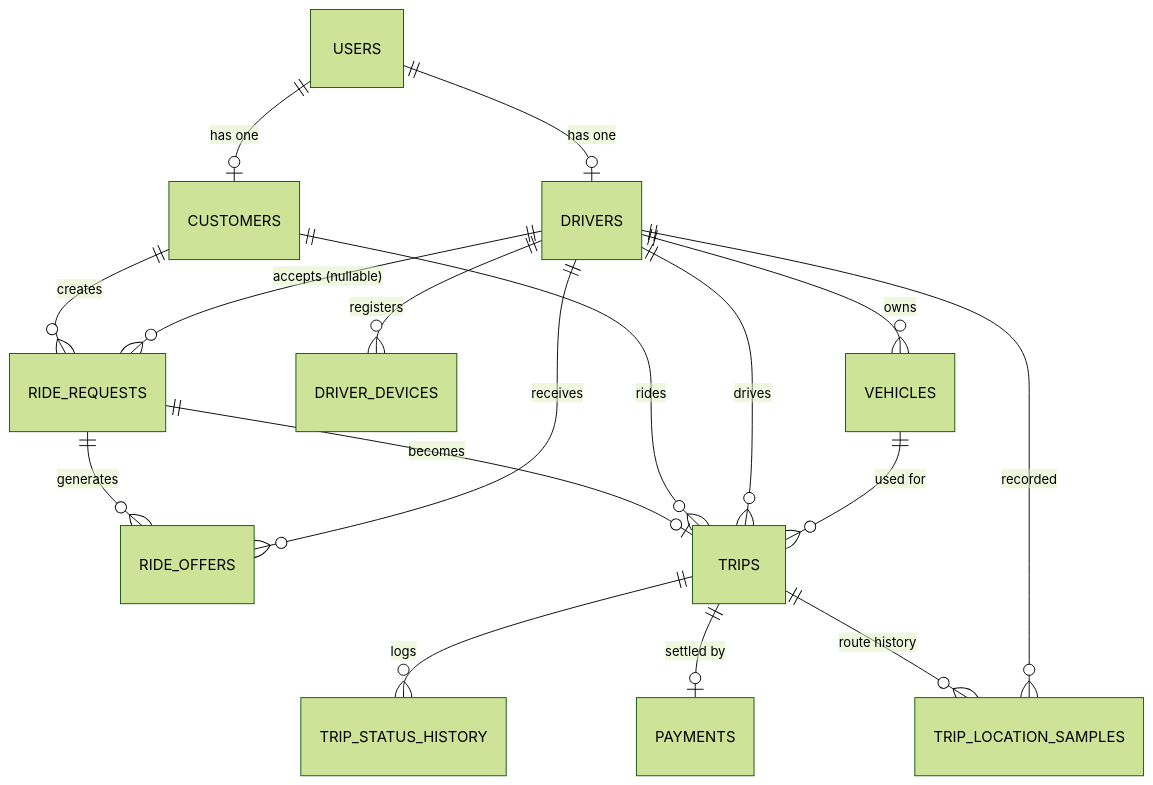
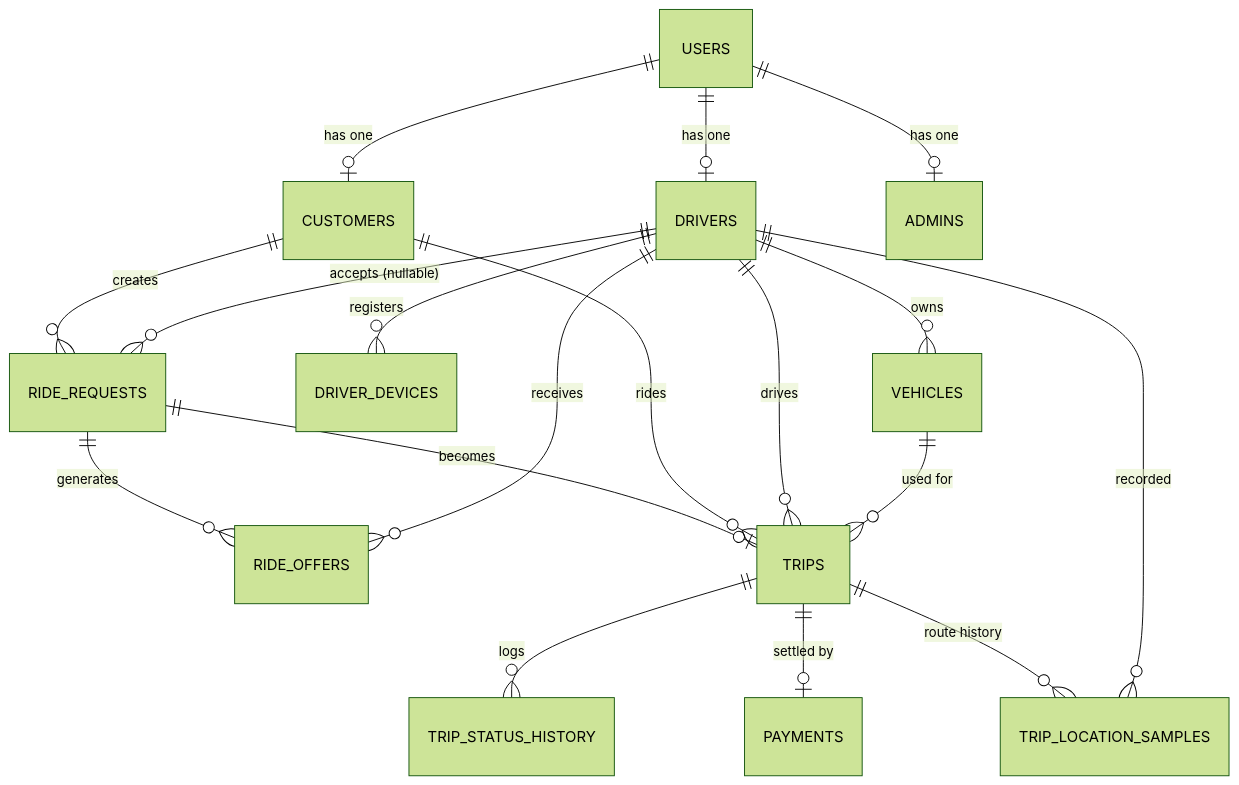
The diagram in docs/database/schema-overview.md (abdullah-alfar/geofleet-platform), drawn with Mermaid (forest theme) before and after one commit. The commit also changed other lines of this file and 45 other files, not shown here.

````diff
--- a/docs/database/schema-overview.md
+++ b/docs/database/schema-overview.md
@@ -26,19 +26,20 @@
 ```mermaid
 erDiagram
     USERS ||--o| CUSTOMERS : "has one"
     USERS ||--o| DRIVERS : "has one"
+    USERS ||--o| ADMINS : "has one"
     DRIVERS ||--o{ VEHICLES : "owns"
     DRIVERS ||--o{ DRIVER_DEVICES : "registers"
     CUSTOMERS ||--o{ RIDE_REQUESTS : "creates"
     DRIVERS ||--o{ RIDE_REQUESTS : "accepts (nullable)"
     RIDE_REQUESTS ||--o{ RIDE_OFFERS : "generates"
     DRIVERS ||--o{ RIDE_OFFERS : "receives"
     RIDE_REQUESTS ||--o| TRIPS : "becomes"
     CUSTOMERS ||--o{ TRIPS : "rides"
     DRIVERS ||--o{ TRIPS : "drives"
     VEHICLES ||--o{ TRIPS : "used for"
     TRIPS ||--o{ TRIP_STATUS_HISTORY : "logs"
     TRIPS ||--o| PAYMENTS : "settled by"
     TRIPS ||--o{ TRIP_LOCATION_SAMPLES : "route history"
     DRIVERS ||--o{ TRIP_LOCATION_SAMPLES : "recorded"
 ```
````
